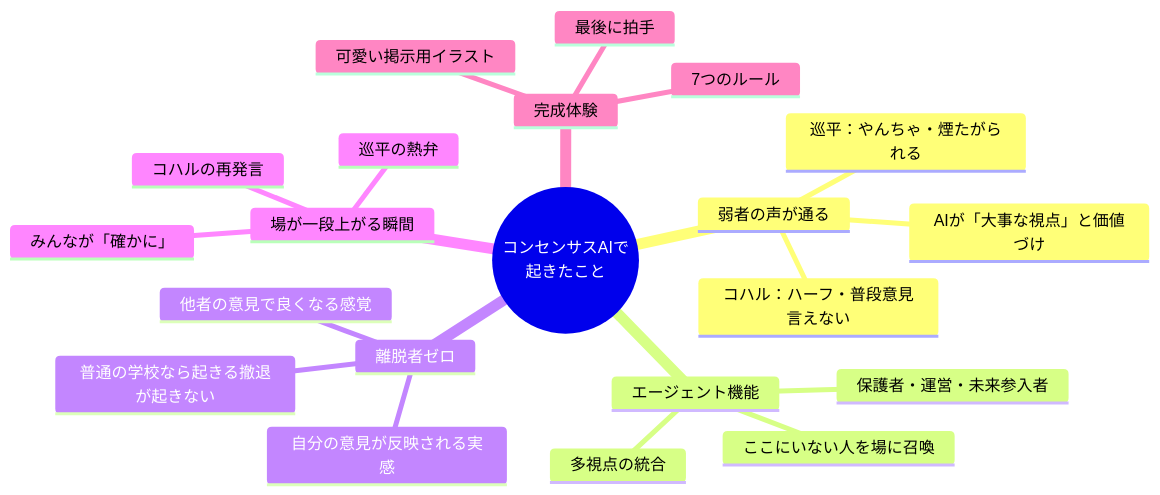
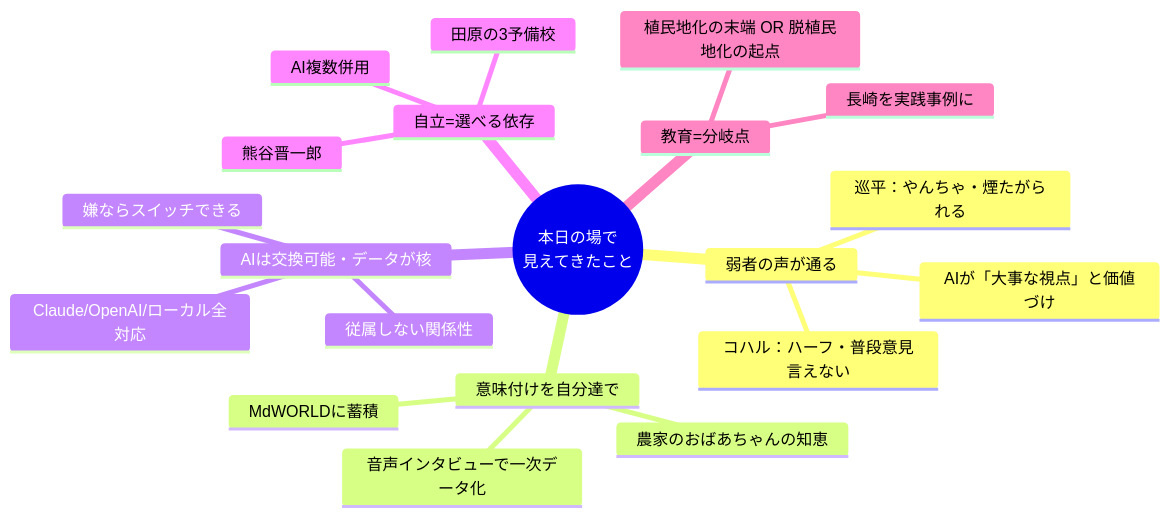
Before and after one commit to VOMOYA/planetary-learning-mtg-reports: diagram 17 of 17 in プラネタリーラーニング運営MTG_20260604.md, drawn with Mermaid. The commit also changed other lines of this file, not shown here.

````diff
--- a/プラネタリーラーニング運営MTG_20260604.md
+++ b/プラネタリーラーニング運営MTG_20260604.md
@@ -390,24 +562,23 @@
 ```mermaid
 mindmap
-  root((コンセンサスAIで<br/>起きたこと))
+  root((本日の場で<br/>見えてきたこと))
     弱者の声が通る
       コハル：ハーフ・普段意見言えない
       巡平：やんちゃ・煙たがられる
       AIが「大事な視点」と価値づけ
-    エージェント機能
-      ここにいない人を場に召喚
-      保護者・運営・未来参入者
-      多視点の統合
-    離脱者ゼロ
-      普通の学校なら起きる撤退が起きない
-      自分の意見が反映される実感
-      他者の意見で良くなる感覚
-    場が一段上がる瞬間
-      巡平の熱弁
-      コハルの再発言
-      みんなが「確かに」
-    完成体験
-      7つのルール
-      可愛い掲示用イラスト
-      最後に拍手
+    意味付けを自分達で
+      農家のおばあちゃんの知恵
+      音声インタビューで一次データ化
+      MdWORLDに蓄積
+    AIは交換可能・データが核
+      Claude/OpenAI/ローカル全対応
+      嫌ならスイッチできる
+      従属しない関係性
+    自立=選べる依存
+      熊谷晋一郎
+      田原の3予備校
+      AI複数併用
+    教育=分岐点
+      植民地化の末端 OR 脱植民地化の起点
+      長崎を実践事例に
 ```
````
